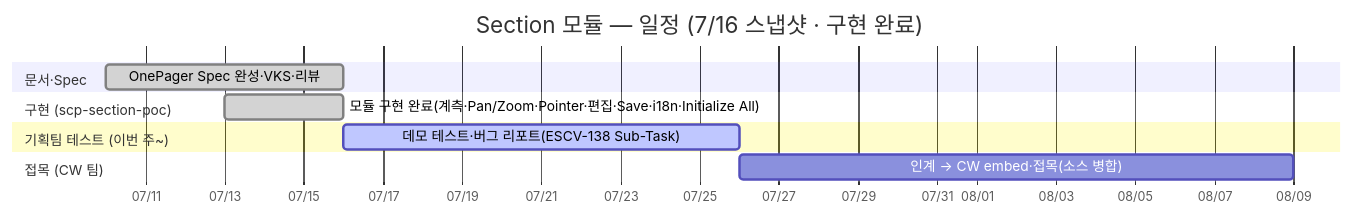
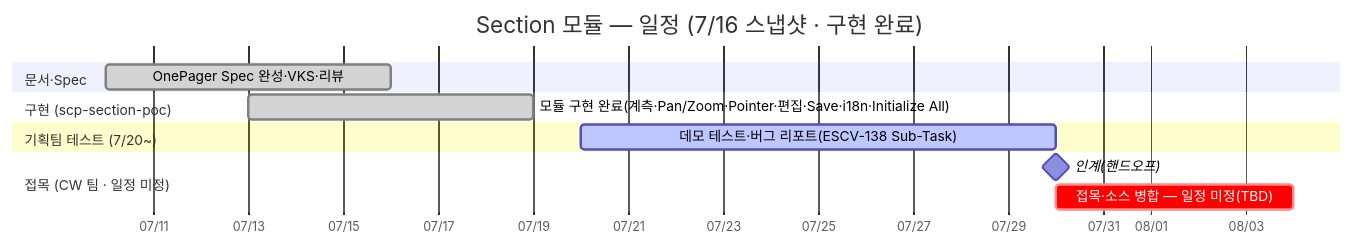
One commit to gracegyu/scp-architecture changed the second of 2 diagrams in docs/SCP Cloud Server 연구/뷰어 관련 연구/WebSectionView/주간회의-Agenda.md. Above: the diagram before and after it, drawn with Mermaid. The commit also changed other lines of this file, not shown here.

Commit message:
docs(주간회의): 주간회의 아젠다 업데이트 및 일정 조정
모듈 구현 완료 일정이 7/16에서 7/19로 변경되었으며, 기획팀 테스트 일정이 7/20로 조정되었습니다. CW 팀과의 접목 일정은 미정으로 업데이트하였고, 관련 사항을 명확히 하여 향후 개발 방향을 구체화하였습니다.

````diff
--- a/docs/SCP Cloud Server 연구/뷰어 관련 연구/WebSectionView/주간회의-Agenda.md
+++ b/docs/SCP Cloud Server 연구/뷰어 관련 연구/WebSectionView/주간회의-Agenda.md
@@ -251,19 +251,20 @@
     ```mermaid
     gantt
         title Section 모듈 — 일정 (7/16 스냅샷 · 구현 완료)
         dateFormat YYYY-MM-DD
         axisFormat %m/%d
         todayMarker stroke-width:2px,stroke:#d33,opacity:0.5
 
         section 문서·Spec
         OnePager Spec 완성·VKS·리뷰       :done, spec, 2026-07-10, 6d
 
         section 구현 (scp-section-poc)
-        모듈 구현 완료(계측·Pan/Zoom·Pointer·편집·Save·i18n·Initialize All)  :done, impl, 2026-07-13, 2026-07-16
+        모듈 구현 완료(계측·Pan/Zoom·Pointer·편집·Save·i18n·Initialize All)  :done, impl, 2026-07-13, 2026-07-19
 
-        section 기획팀 테스트 (이번 주~)
-        데모 테스트·버그 리포트(ESCV-138 Sub-Task)   :active, qa, 2026-07-16, 10d
+        section 기획팀 테스트 (7/20~)
+        데모 테스트·버그 리포트(ESCV-138 Sub-Task)   :active, qa, 2026-07-20, 10d
 
-        section 접목 (CW 팀)
-        인계 → CW embed·접목(소스 병합)      :integ, after qa, 14d
+        section 접목 (CW 팀 · 일정 미정)
+        인계(핸드오프)                          :milestone, ho, after qa, 0d
+        접목·소스 병합 — 일정 미정(TBD)          :crit, integ, after ho, 5d
     ```
````
